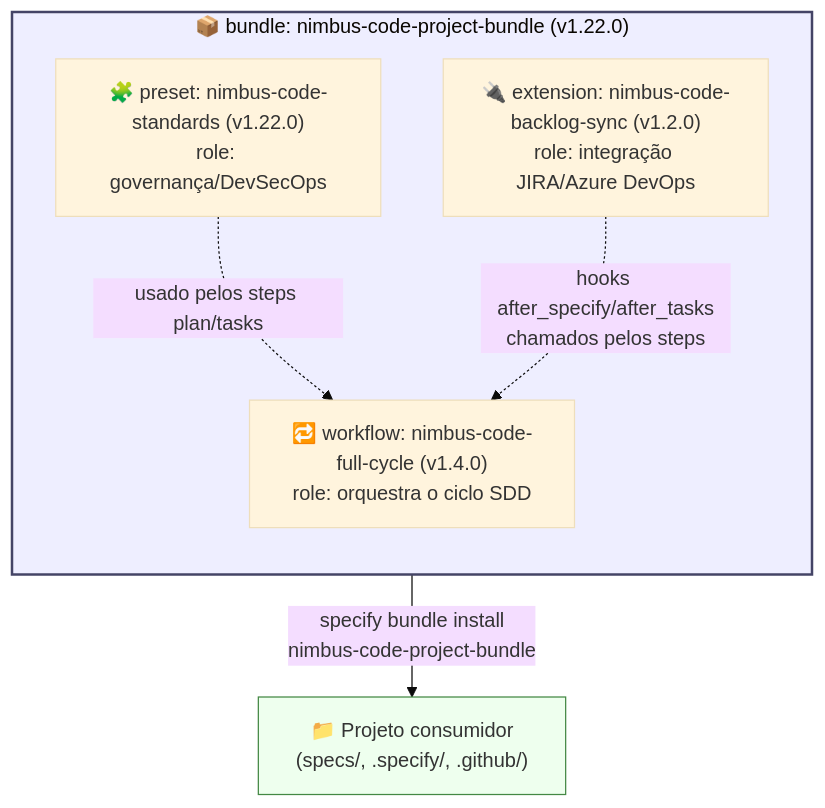
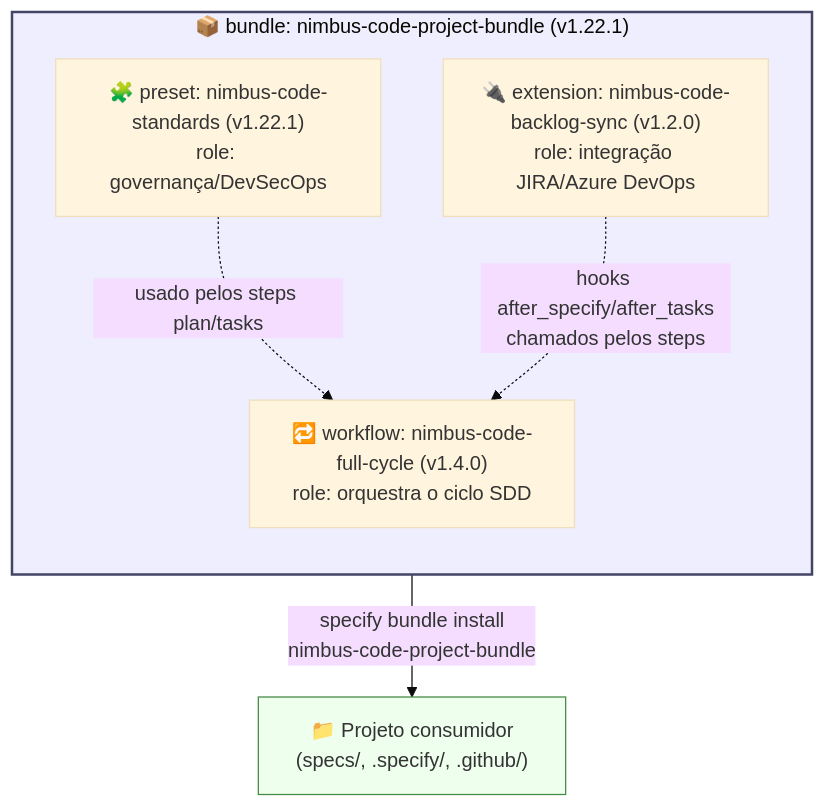
The second of 2 diagrams in README.md (lrodriguesvpn/nimbus-code), drawn with Mermaid (base theme) before and after one commit. The commit also changed 7 other files, not shown here.

First line of the commit message:
release: publish Nimbus Code v1.22.1

````diff
--- a/README.md
+++ b/README.md
@@ -159,17 +159,17 @@
 ```mermaid
 flowchart TB
-    subgraph BUNDLE["📦 bundle: nimbus-code-project-bundle (v1.22.0)"]
+    subgraph BUNDLE["📦 bundle: nimbus-code-project-bundle (v1.22.1)"]
         direction TB
-        PRESET["🧩 preset: nimbus-code-standards (v1.22.0)\nrole: governança/DevSecOps"]
+        PRESET["🧩 preset: nimbus-code-standards (v1.22.1)\nrole: governança/DevSecOps"]
         EXT["🔌 extension: nimbus-code-backlog-sync (v1.2.0)\nrole: integração JIRA/Azure DevOps"]
         WF["🔁 workflow: nimbus-code-full-cycle (v1.4.0)\nrole: orquestra o ciclo SDD"]
     end
 
     BUNDLE -->|"specify bundle install\nnimbus-code-project-bundle"| PROJ["📁 Projeto consumidor\n(specs/, .specify/, .github/)"]
 
     PRESET -. "usado pelos steps plan/tasks" .-> WF
     EXT -. "hooks after_specify/after_tasks\nchamados pelos steps" .-> WF
 
     style BUNDLE fill:#eef,stroke:#446,stroke-width:2px
     style PROJ fill:#efe,stroke:#484
 ```
````
